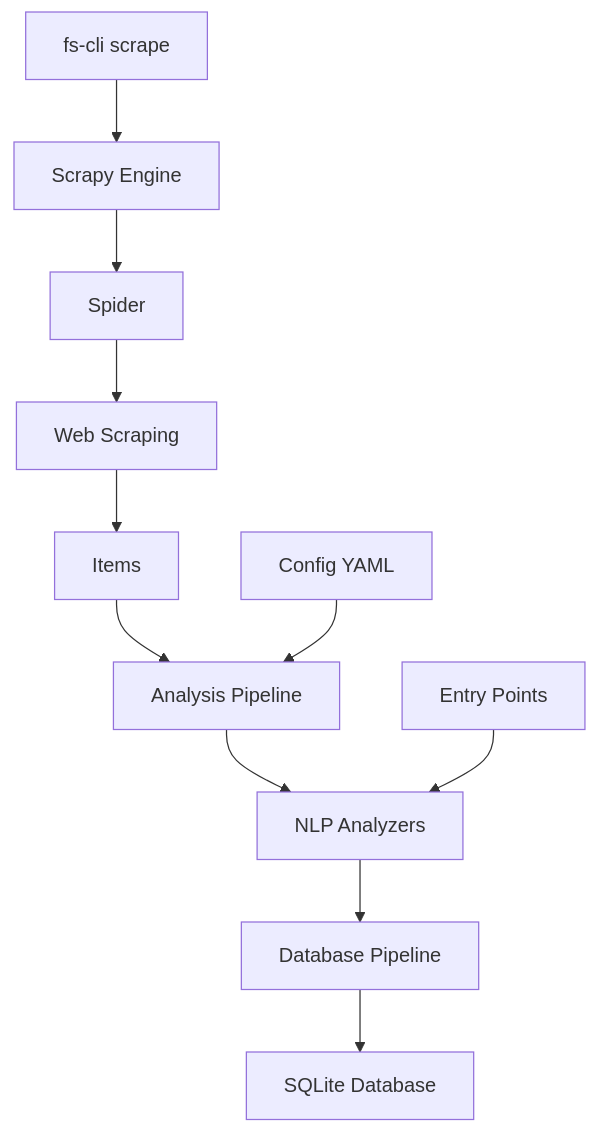
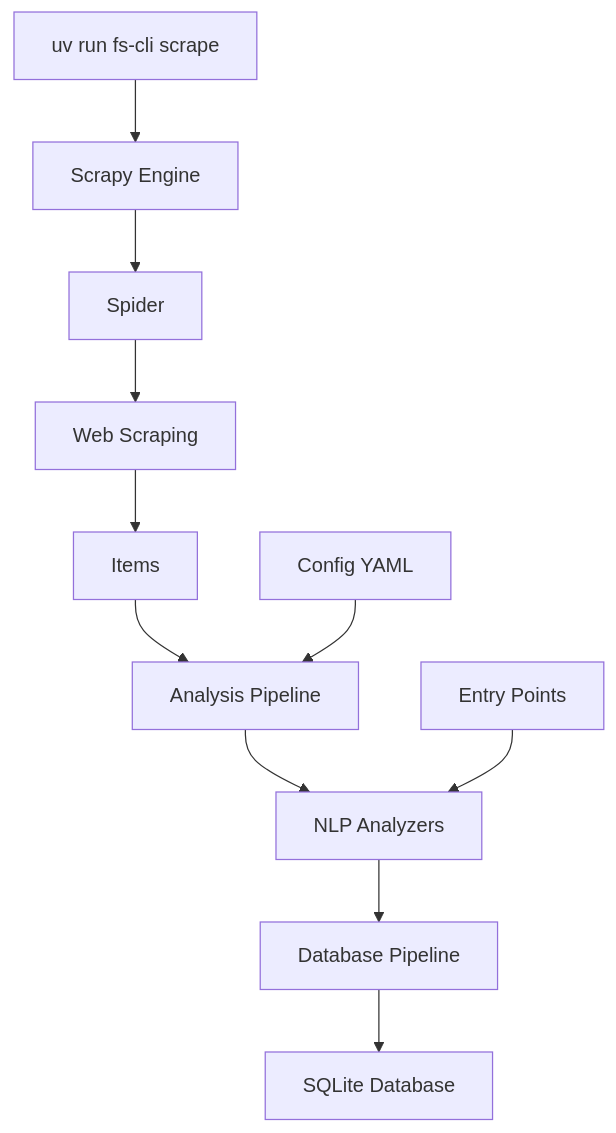
One commit to alblesniak/forums_scraper changed the diagram in README.md. Above: the diagram before and after it, drawn with Mermaid. The commit also changed other lines of this file and 1 other file, not shown here.

````diff
--- a/README.md
+++ b/README.md
@@ -879,14 +937,14 @@
 ```mermaid
 graph TD
-    A[fs-cli scrape] --> B[Scrapy Engine]
+    A[uv run fs-cli scrape] --> B[Scrapy Engine]
     B --> C[Spider]
     C --> D[Web Scraping]
     D --> E[Items]
     E --> F[Analysis Pipeline]
     F --> G[NLP Analyzers]
     G --> H[Database Pipeline]
     H --> I[SQLite Database]
 
     J[Config YAML] --> F
     K[Entry Points] --> G
 ```
````
